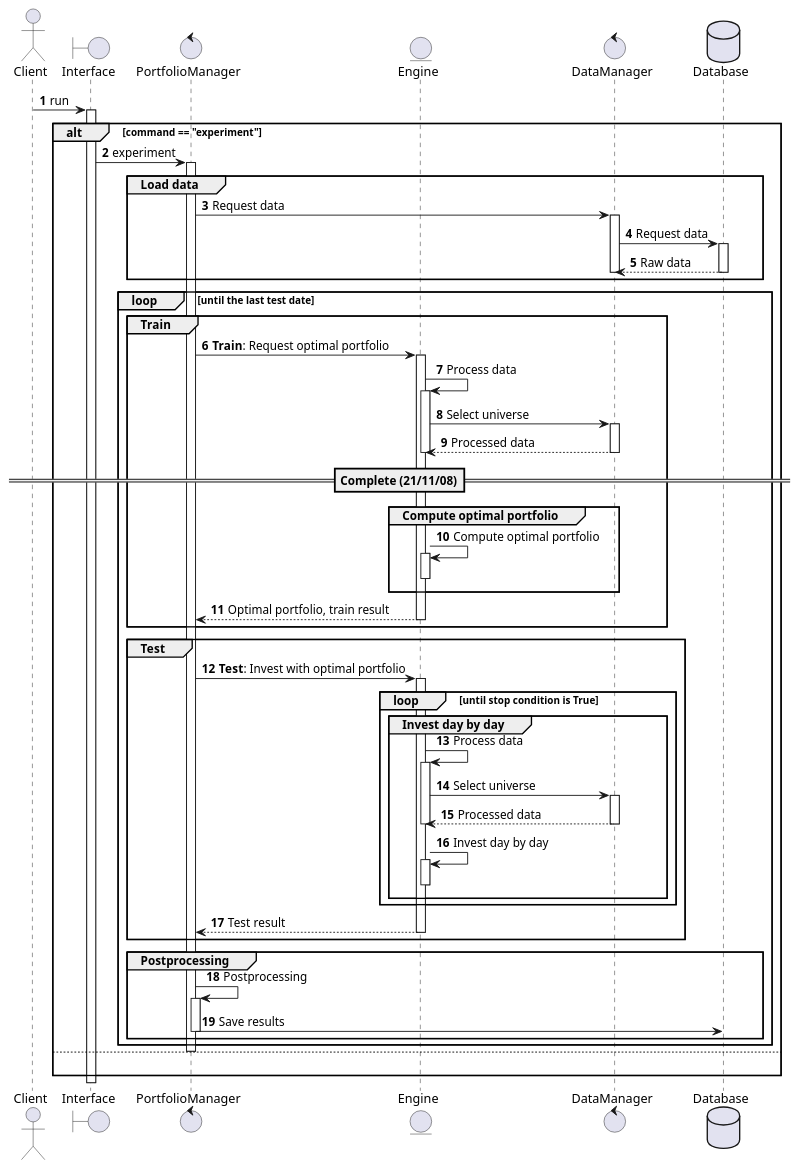
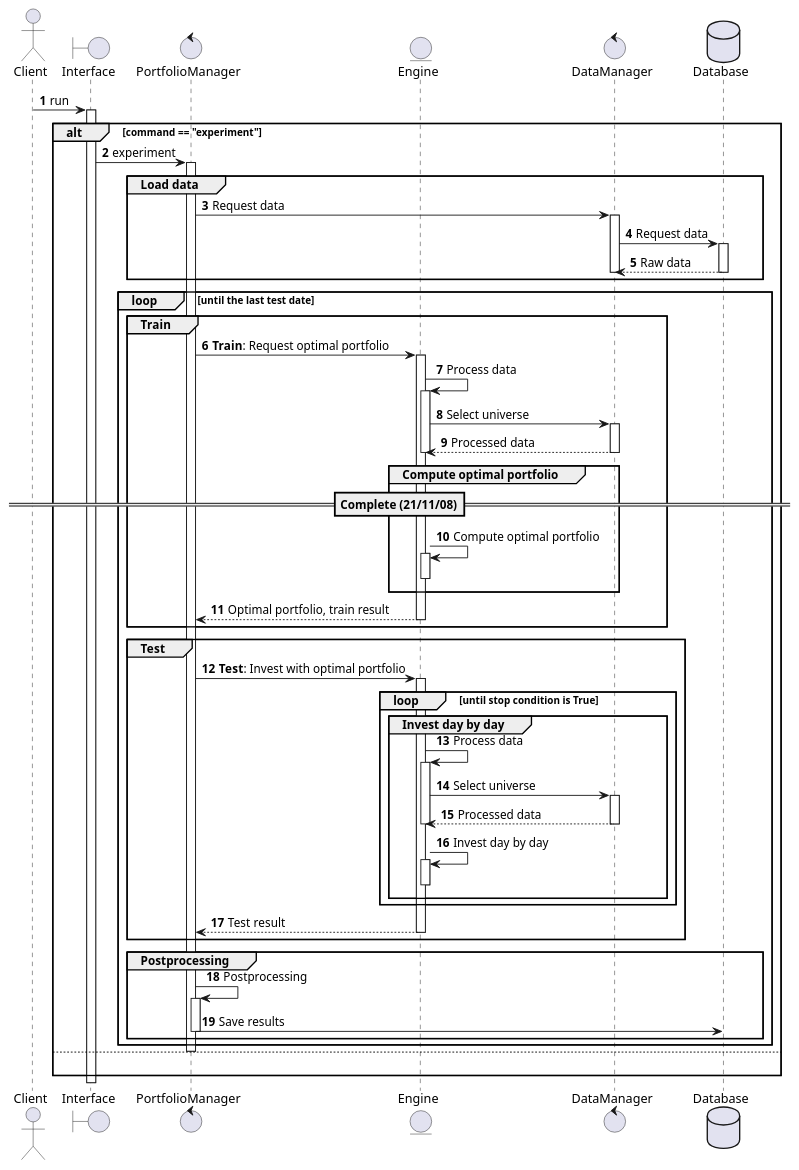
The diagram in algorithm/full_process.puml (alchemine/enhanced-index-tracking), drawn with PlantUML before and after one commit. The commit also changed 8 other files, not shown here.

```diff
--- a/algorithm/full_process.puml
+++ b/algorithm/full_process.puml
@@ -1,65 +1,64 @@
 @startuml
 autonumber
 
 actor Client as C
 boundary Interface as I
 control PortfolioManager as PM
 entity Engine as E
 control DataManager as DM
 database Database as DB
 
 
 C -> I ++: run
     alt command == "experiment"
         I -> PM ++: experiment
             group Load data
                 PM -> DM ++: Request data
                     DM -> DB ++: Request data
                         return Raw data
                     deactivate
             end
 
             loop until the last test date
                 group Train
                     PM -> E ++: **Train**: Request optimal portfolio
                         E -> E ++: Process data
                             E -> DM ++: Select universe
                                 return Processed data
                         deactivate E
 
-                        ==Complete (21/11/08)==
-
                         group Compute optimal portfolio
+                                ==Complete (21/11/08)==
                             E -> E ++: Compute optimal portfolio
                             deactivate
                         end
                         return Optimal portfolio, train result
                 end
 
                 group Test
                     PM -> E ++: **Test**: Invest with optimal portfolio
                         loop until stop condition is True
                             group Invest day by day
                                 E -> E ++: Process data
                                     E -> DM ++: Select universe
                                         return Processed data
                                 deactivate E
 
                                 E -> E ++: Invest day by day
                                 deactivate
                             end
                         end
                         return Test result
                 end
 
                 group Postprocessing
                     PM -> PM ++: Postprocessing
                         PM -> DB: Save results
                     deactivate
                 end
             end
         deactivate
     else
         |||
     end
 @enduml
```
